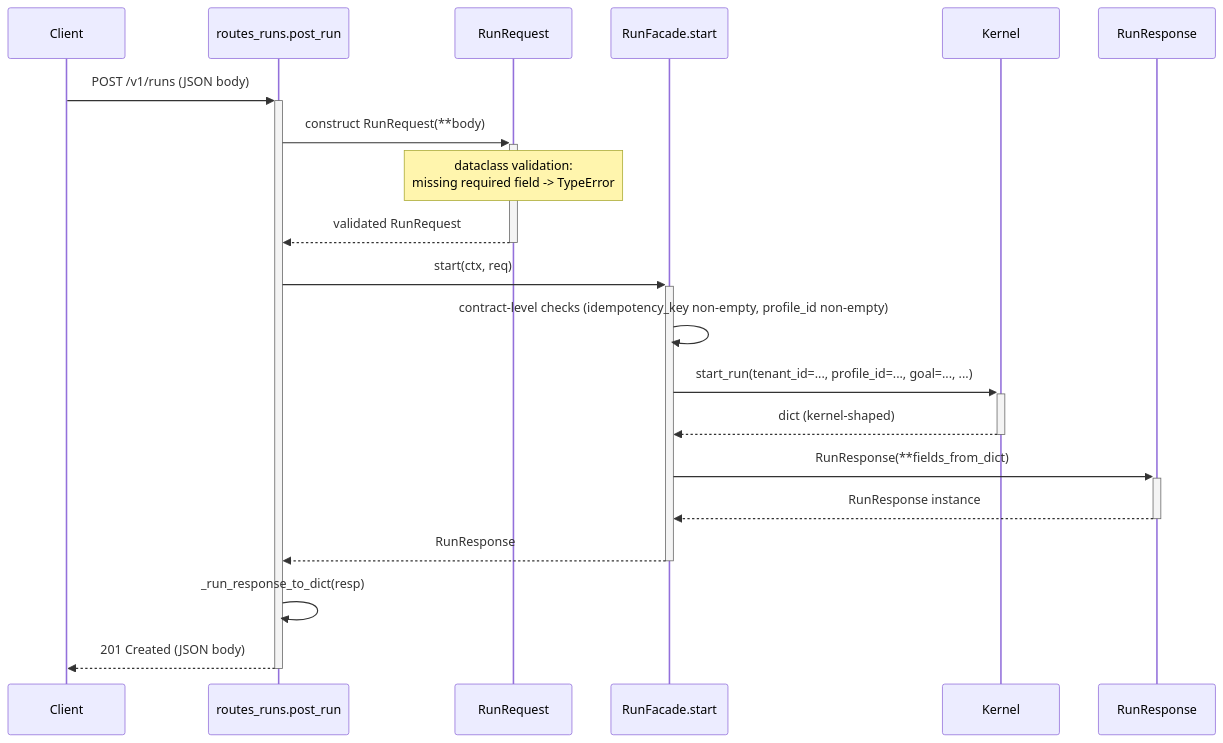
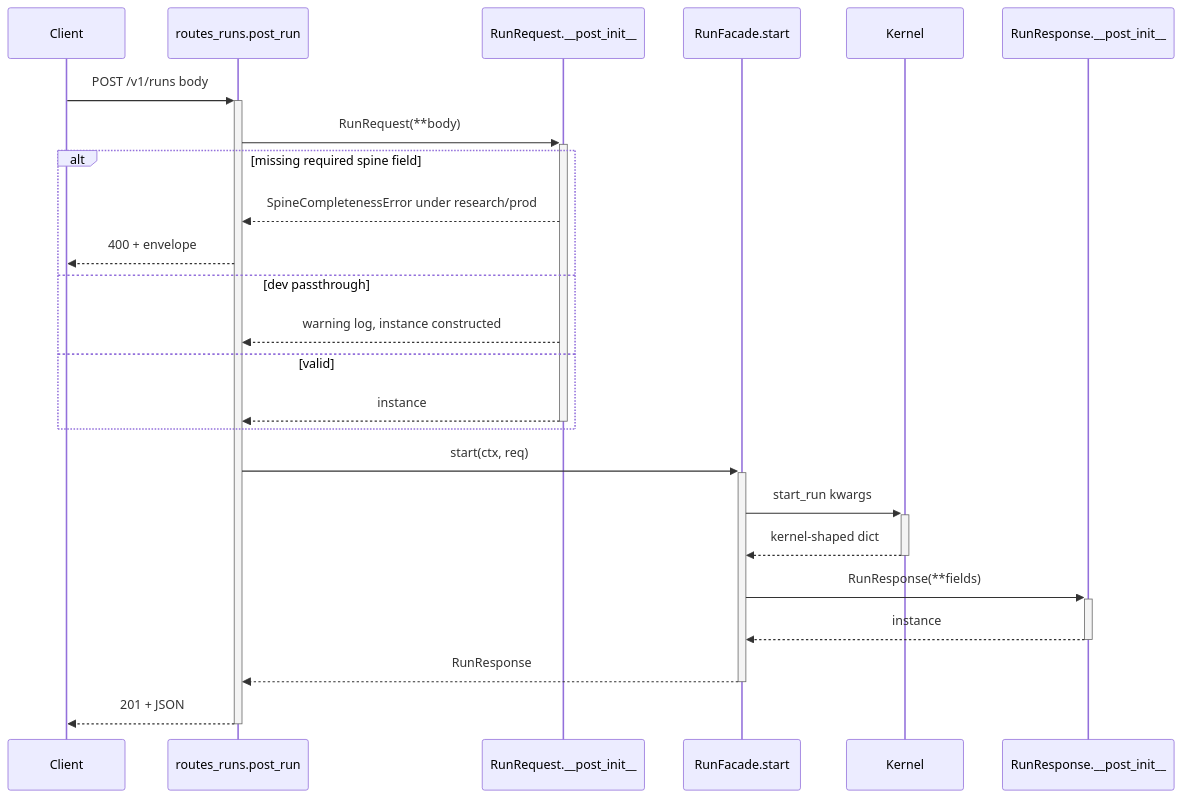
Before and after one commit to chaosxingxc-orion/hi-agent: the second of 2 diagrams in agent_server/contracts/ARCHITECTURE.md, drawn with Mermaid. The commit also changed other lines of this file and 9 other files, not shown here.

````diff
--- a/agent_server/contracts/ARCHITECTURE.md
+++ b/agent_server/contracts/ARCHITECTURE.md
@@ -175,23 +104,27 @@
 ```mermaid
 sequenceDiagram
     participant Client
     participant Route as routes_runs.post_run
-    participant RR as RunRequest
+    participant Contract as RunRequest.__post_init__
     participant Facade as RunFacade.start
     participant Kernel
-    participant RS as RunResponse
+    participant Resp as RunResponse.__post_init__
 
-    Client->>+Route: POST /v1/runs (JSON body)
-    Route->>+RR: construct RunRequest(**body)
-    Note over RR: dataclass validation:<br/>missing required field -> TypeError
-    RR-->>-Route: validated RunRequest
+    Client->>+Route: POST /v1/runs body
+    Route->>+Contract: RunRequest(**body)
+    alt missing required spine field
+        Contract-->>Route: SpineCompletenessError under research/prod
+        Route-->>Client: 400 + envelope
+    else dev passthrough
+        Contract-->>Route: warning log, instance constructed
+    else valid
+        Contract-->>-Route: instance
+    end
     Route->>+Facade: start(ctx, req)
-    Facade->>Facade: contract-level checks (idempotency_key non-empty, profile_id non-empty)
-    Facade->>+Kernel: start_run(tenant_id=..., profile_id=..., goal=..., ...)
-    Kernel-->>-Facade: dict (kernel-shaped)
-    Facade->>+RS: RunResponse(**fields_from_dict)
-    RS-->>-Facade: RunResponse instance
+    Facade->>+Kernel: start_run kwargs
+    Kernel-->>-Facade: kernel-shaped dict
+    Facade->>+Resp: RunResponse(**fields)
+    Resp-->>-Facade: instance
     Facade-->>-Route: RunResponse
-    Route->>Route: _run_response_to_dict(resp)
-    Route-->>-Client: 201 Created (JSON body)
+    Route-->>-Client: 201 + JSON
 ```
````
